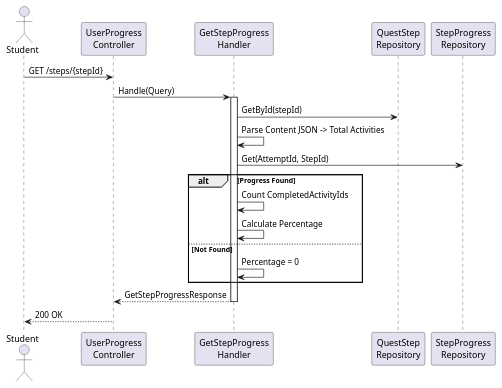
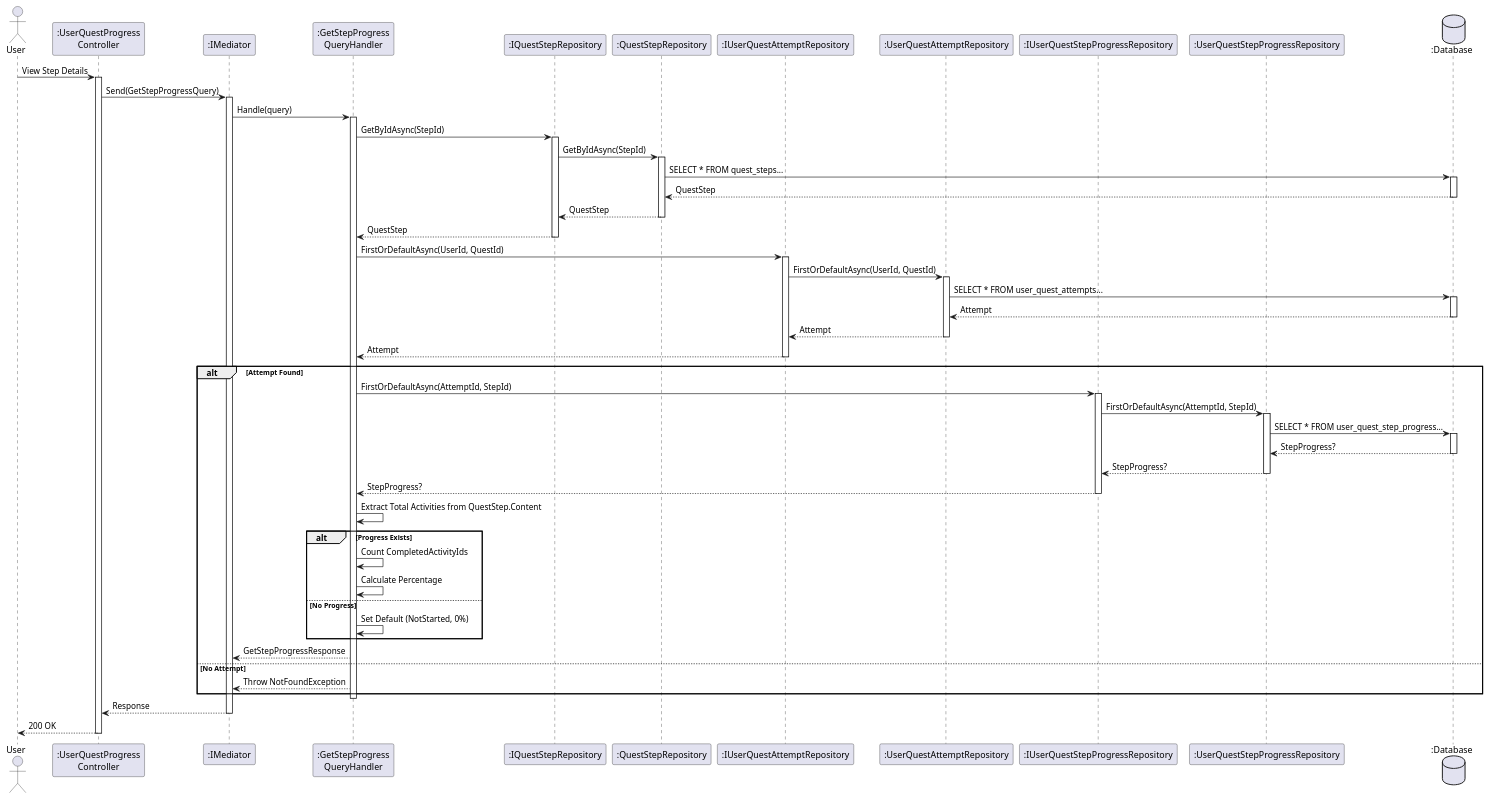
One commit to FA25SE050-RogueLearn/RogueLearn.BMAD.Documentation changed the diagram in docs/srs/diagrams/sequence-diagram/user-progress-statistic/get-step-progress-seq.puml. Above: the diagram before and after it, drawn with PlantUML. The commit also changed other lines of this file and 35 other files, not shown here.

Commit message:
add/change: sequence diagrams

```diff
--- a/docs/srs/diagrams/sequence-diagram/user-progress-statistic/get-step-progress-seq.puml
+++ b/docs/srs/diagrams/sequence-diagram/user-progress-statistic/get-step-progress-seq.puml
@@ -2,28 +1,88 @@
 @startuml
-actor Student
-participant "UserProgress\nController" as Controller
-participant "GetStepProgress\nHandler" as Handler
-participant "QuestStep\nRepository" as QuestStepDB
-participant "StepProgress\nRepository" as ProgressDB
+actor User
+participant ":UserQuestProgress\nController" as Controller
+participant ":IMediator" as Med
+participant ":GetStepProgress\nQueryHandler" as Handler
+participant ":IQuestStepRepository" as IStepRepo
+participant ":QuestStepRepository" as StepRepo
+participant ":IUserQuestAttemptRepository" as IAttemptRepo
+participant ":UserQuestAttemptRepository" as AttemptRepo
+participant ":IUserQuestStepProgressRepository" as IProgressRepo
+participant ":UserQuestStepProgressRepository" as ProgressRepo
+database ":Database" as DB
 
-Student -> Controller : GET /steps/{stepId}
-Controller -> Handler : Handle(Query)
+User -> Controller : View Step Details
+activate Controller
 
+Controller -> Med : Send(GetStepProgressQuery)
+activate Med
+
+Med -> Handler : Handle(query)
 activate Handler
-    Handler -> QuestStepDB : GetById(stepId)
-    Handler -> Handler : Parse Content JSON -> Total Activities
+
+' 1. Verify Step
+Handler -> IStepRepo : GetByIdAsync(StepId)
+activate IStepRepo
+IStepRepo -> StepRepo : GetByIdAsync(StepId)
+activate StepRepo
+StepRepo -> DB : SELECT * FROM quest_steps...
+activate DB
+DB --> StepRepo : QuestStep
+deactivate DB
+StepRepo --> IStepRepo : QuestStep
+deactivate StepRepo
+IStepRepo --> Handler : QuestStep
+deactivate IStepRepo
+
+' 2. Verify Attempt
+Handler -> IAttemptRepo : FirstOrDefaultAsync(UserId, QuestId)
+activate IAttemptRepo
+IAttemptRepo -> AttemptRepo : FirstOrDefaultAsync(UserId, QuestId)
+activate AttemptRepo
+AttemptRepo -> DB : SELECT * FROM user_quest_attempts...
+activate DB
+DB --> AttemptRepo : Attempt
+deactivate DB
+AttemptRepo --> IAttemptRepo : Attempt
+deactivate AttemptRepo
+IAttemptRepo --> Handler : Attempt
+deactivate IAttemptRepo
+
+alt Attempt Found
+    ' 3. Get Step Progress
+    Handler -> IProgressRepo : FirstOrDefaultAsync(AttemptId, StepId)
+    activate IProgressRepo
+    IProgressRepo -> ProgressRepo : FirstOrDefaultAsync(AttemptId, StepId)
+    activate ProgressRepo
+    ProgressRepo -> DB : SELECT * FROM user_quest_step_progress...
+    activate DB
+    DB --> ProgressRepo : StepProgress?
+    deactivate DB
+    ProgressRepo --> IProgressRepo : StepProgress?
+    deactivate ProgressRepo
+    IProgressRepo --> Handler : StepProgress?
+    deactivate IProgressRepo
+
+    ' 4. Calculate Details
+    Handler -> Handler : Extract Total Activities from QuestStep.Content
     
-    Handler -> ProgressDB : Get(AttemptId, StepId)
-    
-    alt Progress Found
+    alt Progress Exists
         Handler -> Handler : Count CompletedActivityIds
         Handler -> Handler : Calculate Percentage
-    else Not Found
-        Handler -> Handler : Percentage = 0
+    else No Progress
+        Handler -> Handler : Set Default (NotStarted, 0%)
     end
-    
-    Handler --> Controller : GetStepProgressResponse
+
+    Handler --> Med : GetStepProgressResponse
+else No Attempt
+    Handler --> Med : Throw NotFoundException
+end
+
 deactivate Handler
 
-Controller --> Student : 200 OK
+Med --> Controller : Response
+deactivate Med
+
+Controller --> User : 200 OK
+deactivate Controller
 @enduml
```
